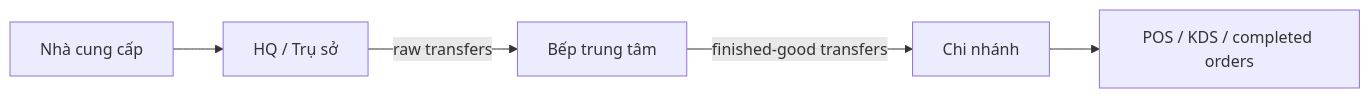
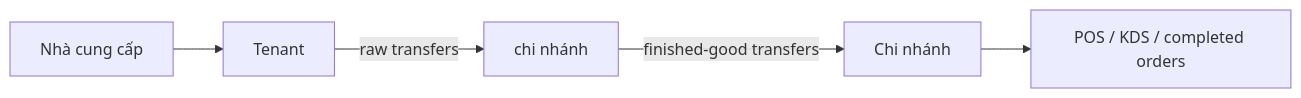
Before and after one commit to comtammatu/comtammatu: the third of 6 diagrams in docs/CODEBASE_MAP.md, drawn with Mermaid. The commit also changed other lines of this file and 105 other files, not shown here.

````diff
--- a/docs/CODEBASE_MAP.md
+++ b/docs/CODEBASE_MAP.md
@@ -146,7 +146,7 @@
 ```mermaid
 flowchart LR
-    supplier["Nhà cung cấp"] --> hq["HQ / Trụ sở"]
-    hq -->|raw transfers| ck["Bếp trung tâm"]
+    supplier["Nhà cung cấp"] --> hq["Tenant"]
+    hq -->|raw transfers| ck["chi nhánh"]
     ck -->|finished-good transfers| br["Chi nhánh"]
     br --> pos["POS / KDS / completed orders"]
 ```
````
